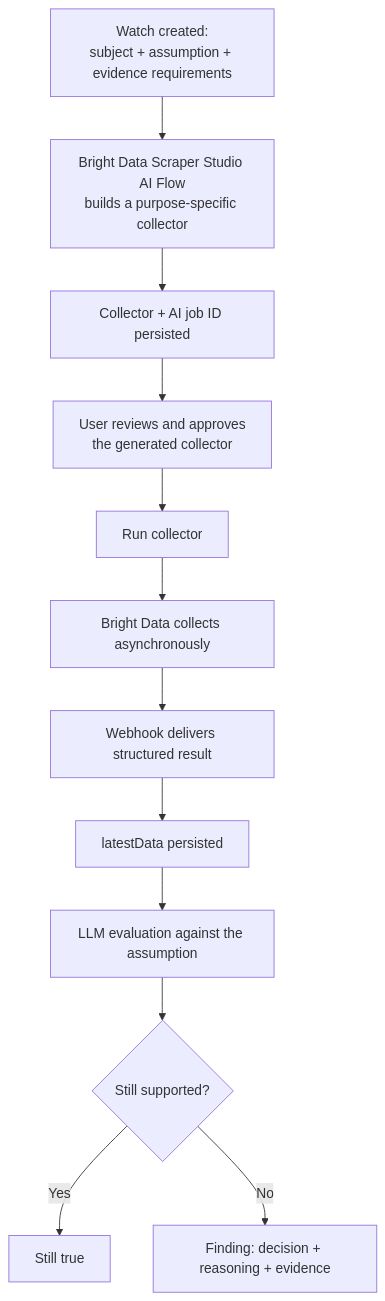
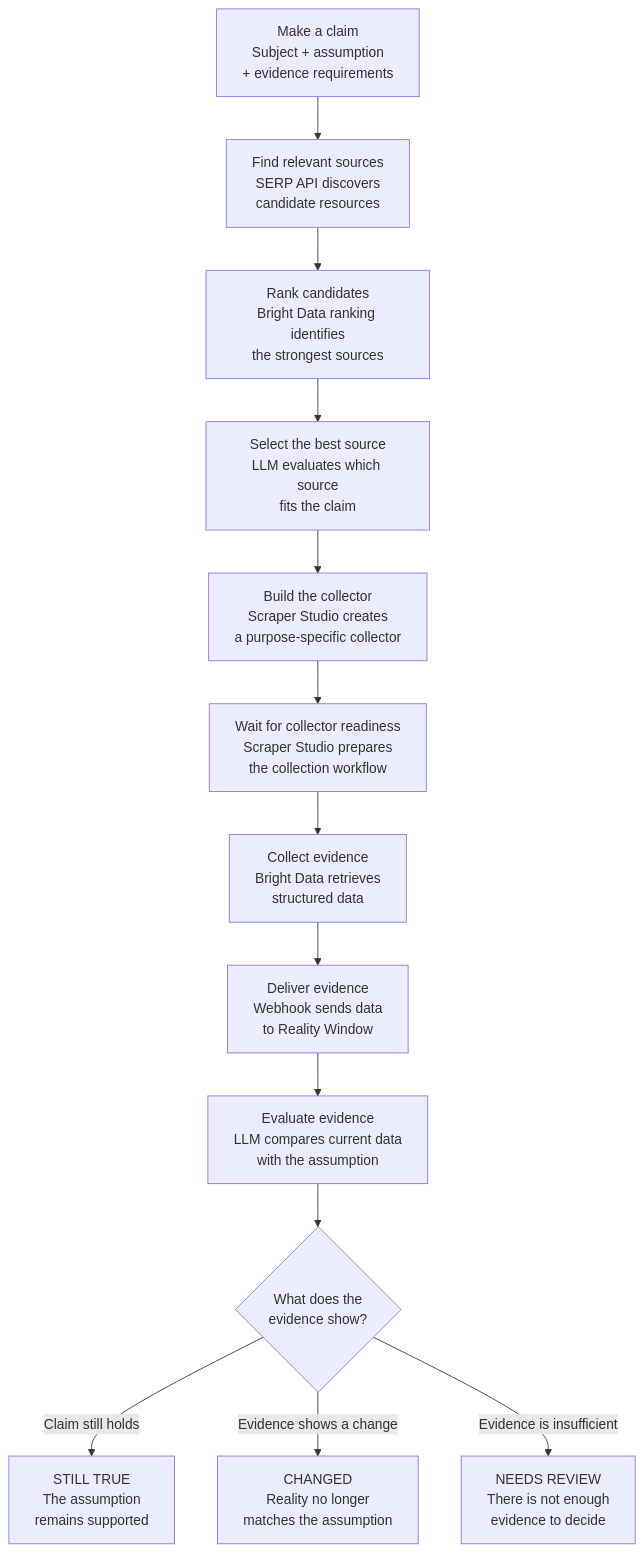
The diagram in README.md (mohandotdev/reality-window), drawn with Mermaid before and after one commit.

Commit message:
Enhance README flowchart with evidence collection steps
Updated the flowchart in the README to include detailed steps for making a claim and collecting evidence.

````diff
--- a/README.md
+++ b/README.md
@@ -97,14 +97,30 @@
 ```mermaid
 flowchart TD
-    A[Watch created:\nsubject + assumption + evidence requirements] --> B[Bright Data Scraper Studio AI Flow\nbuilds a purpose-specific collector]
-    B --> C[Collector + AI job ID persisted]
-    C --> D[User reviews and approves\nthe generated collector]
-    D --> E[Run collector]
-    E --> F[Bright Data collects asynchronously]
-    F --> G[Webhook delivers structured result]
-    G --> H[latestData persisted]
-    H --> I[LLM evaluation against the assumption]
-    I --> J{Still supported?}
-    J -->|Yes| K[Still true]
-    J -->|No| L[Finding: decision + reasoning + evidence]
+
+    A["`Make a claim<br/>Subject + assumption<br/>+ evidence requirements`"]
+
+    A --> B["`Find relevant sources<br/>SERP API discovers<br/>candidate resources`"]
+
+    B --> C["`Rank candidates<br/>Bright Data ranking identifies<br/>the strongest sources`"]
+
+    C --> D["`Select the best source<br/>LLM evaluates which source<br/>fits the claim`"]
+
+    D --> E["`Build the collector<br/>Scraper Studio creates<br/>a purpose-specific collector`"]
+
+    E --> F["`Wait for collector readiness<br/>Scraper Studio prepares<br/>the collection workflow`"]
+
+    F --> G["`Collect evidence<br/>Bright Data retrieves<br/>structured data`"]
+
+    G --> H["`Deliver evidence<br/>Webhook sends data<br/>to Reality Window`"]
+
+    H --> I["`Evaluate evidence<br/>LLM compares current data<br/>with the assumption`"]
+
+    I --> J{"`What does the<br/>evidence show?`"}
+
+    J -->|Claim still holds| K["`STILL TRUE<br/>The assumption<br/>remains supported`"]
+
+    J -->|Evidence shows a change| L["`CHANGED<br/>Reality no longer<br/>matches the assumption`"]
+
+    J -->|Evidence is insufficient| M["`NEEDS REVIEW<br/>There is not enough<br/>evidence to decide`"]
+
 ```
````
